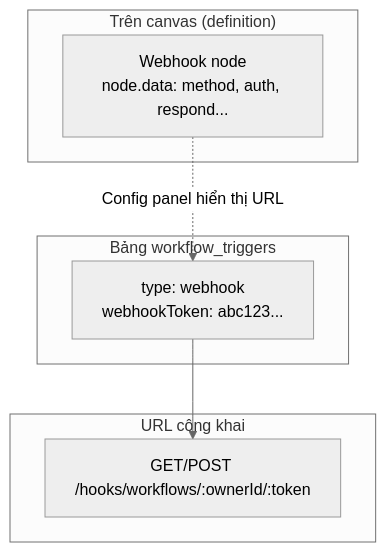
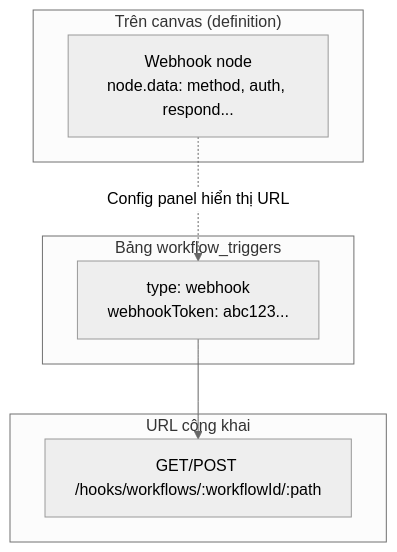
Before and after one commit to trantuan-vn/aiagents-hub: the second of 5 diagrams in docs/workflow-how-it-works.md, drawn with Mermaid (neutral theme). The commit also changed other lines of this file and 34 other files, not shown here.

````diff
--- a/docs/workflow-how-it-works.md
+++ b/docs/workflow-how-it-works.md
@@ -161,17 +163,17 @@
 ```mermaid
 flowchart TB
   subgraph Canvas["Trên canvas (definition)"]
     WH_NODE["Webhook node\nnode.data: method, auth, respond..."]
   end
 
   subgraph D1["Bảng workflow_triggers"]
     TRG["type: webhook\nwebhookToken: abc123..."]
   end
 
   subgraph URL["URL công khai"]
-    PUB["GET/POST /hooks/workflows/:ownerId/:token"]
+    PUB["GET/POST /hooks/workflows/:workflowId/:path"]
   end
 
   WH_NODE -.->|"Config panel hiển thị URL"| TRG
   TRG --> PUB
 ```
````
